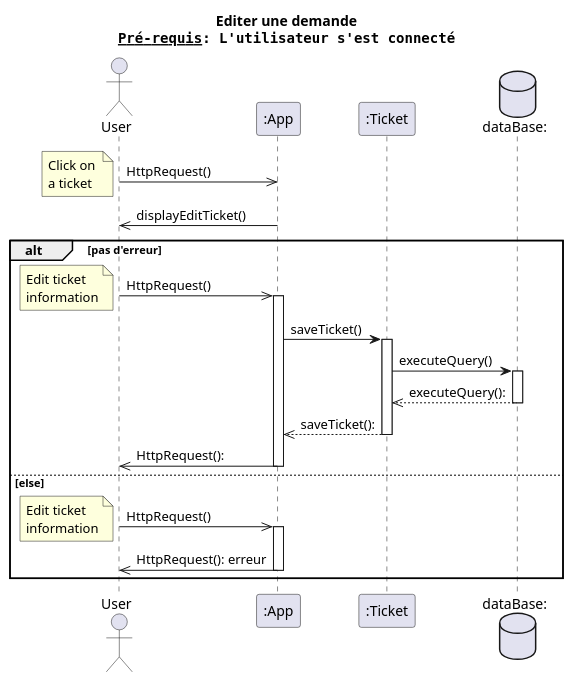
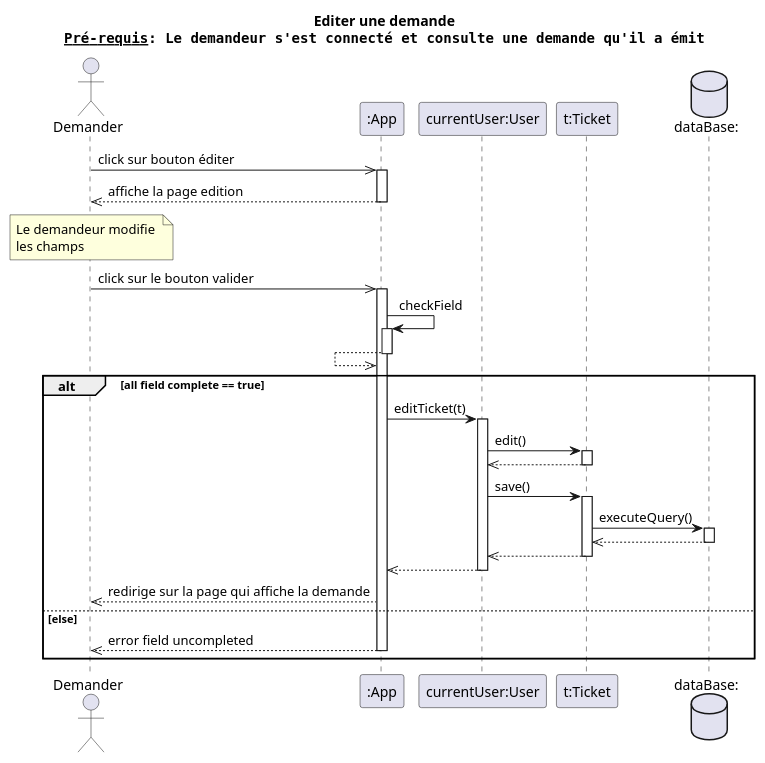
One commit to dorianleveque/CoHub changed the diagram in docs/UML/diagrammes séquence/editer une demande.puml. Above: the diagram before and after it, drawn with PlantUML. The commit also changed 7 other files, not shown here.

Commit message:
update documentation + diagramme séquence

```diff
--- a/docs/UML/diagrammes séquence/editer une demande.puml
+++ b/docs/UML/diagrammes séquence/editer une demande.puml
@@ -1,40 +1,47 @@
 @startuml editer une demande
-title Editer une demande\n""__Pré-requis__: L'utilisateur s'est connecté""
+title Editer une demande\n""__Pré-requis__: Le demandeur s'est connecté et consulte une demande qu'il a émit""
 
-actor client as "User" order 1
+actor client as "Demander" order 1
 participant app as ":App"   order 2
-participant ticketClass as ":Ticket" order 3
-database bdd as "dataBase:" order 4
+participant user as "currentUser:User" order 3
+participant ticket as "t:Ticket" order 4
+database bdd as "dataBase:" order 5
 
-client ->> app: HttpRequest()
-note left : Click on \na ticket 
-app ->> client: displayEditTicket()
+client ->> app: click sur bouton éditer
+activate app
+client <<-- app: affiche la page edition
+deactivate app
 
+note over client: Le demandeur modifie \nles champs
+client ->> app: click sur le bouton valider
+activate app
 
-alt pas d'erreur
+app -> app : checkField
+activate app
+app <<-- app
+deactivate app
+alt all field complete == true
+    app -> user: editTicket(t)
+    activate user
+    user -> ticket: edit()
+    activate ticket
+    user <<--ticket
+    deactivate ticket
 
-    client ->> app: HttpRequest()
-    note left: Edit ticket\ninformation
-    activate app
-    app -> ticketClass: saveTicket()
-    activate ticketClass
-    ticketClass -> bdd: executeQuery()
+    user -> ticket: save()
+    activate ticket
+    ticket -> bdd: executeQuery()
     activate bdd
-    bdd -->> ticketClass: executeQuery():
+    ticket <<-- bdd
     deactivate bdd
-    ticketClass -->> app: saveTicket():
-    deactivate ticketClass
-    app ->> client: HttpRequest():
+    user <<-- ticket
+    deactivate ticket
+    app <<--user
+    deactivate user
+
+    client <<-- app: redirige sur la page qui affiche la demande
+else else
+    client <<-- app: error field uncompleted
     deactivate app
-
-else else
-
-    client ->> app: HttpRequest()
-    note left: Edit ticket\ninformation
-    activate app
-    app ->> client: HttpRequest(): erreur
-    deactivate app
-    
 end
-
 @enduml
```
